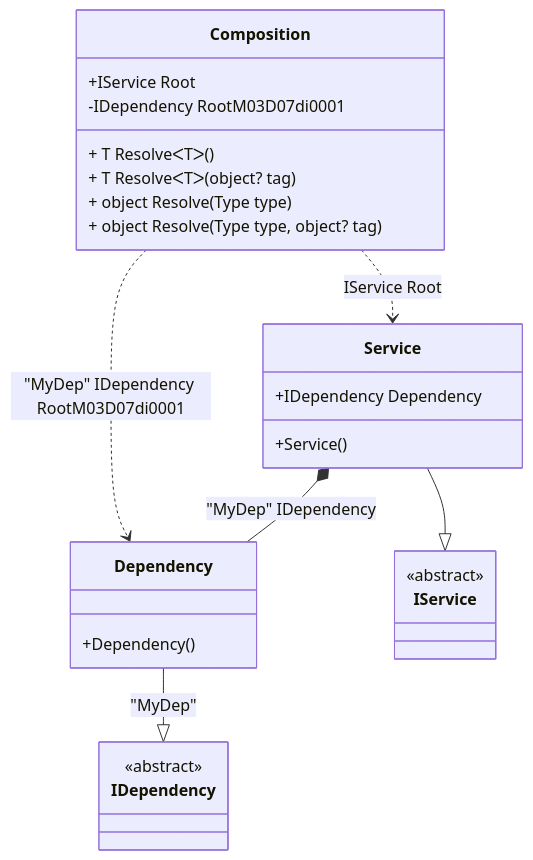
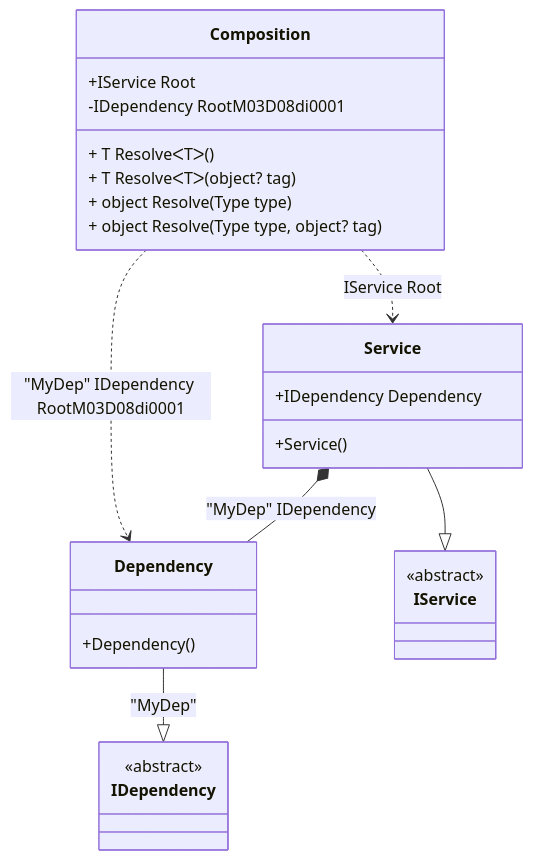
The diagram in readme/check-for-a-root.md (DevTeam/Pure.DI), drawn with Mermaid before and after one commit. The commit also changed other lines of this file and 71 other files, not shown here.

````diff
--- a/readme/check-for-a-root.md
+++ b/readme/check-for-a-root.md
@@ -63,29 +63,29 @@
 ```mermaid
 classDiagram
   class Composition {
     +IService Root
-    -IDependency RootM03D07di0001
+    -IDependency RootM03D08di0001
     + T ResolveᐸTᐳ()
     + T ResolveᐸTᐳ(object? tag)
     + object Resolve(Type type)
     + object Resolve(Type type, object? tag)
   }
   Dependency --|> IDependency : "MyDep" 
   class Dependency {
     +Dependency()
   }
   Service --|> IService : 
   class Service {
     +Service()
     +IDependency Dependency
   }
   class IDependency {
     <<abstract>>
   }
   class IService {
     <<abstract>>
   }
   Service *--  Dependency : "MyDep"  IDependency
-  Composition ..> Dependency : "MyDep" IDependency RootM03D07di0001
+  Composition ..> Dependency : "MyDep" IDependency RootM03D08di0001
   Composition ..> Service : IService Root
 ```
````
